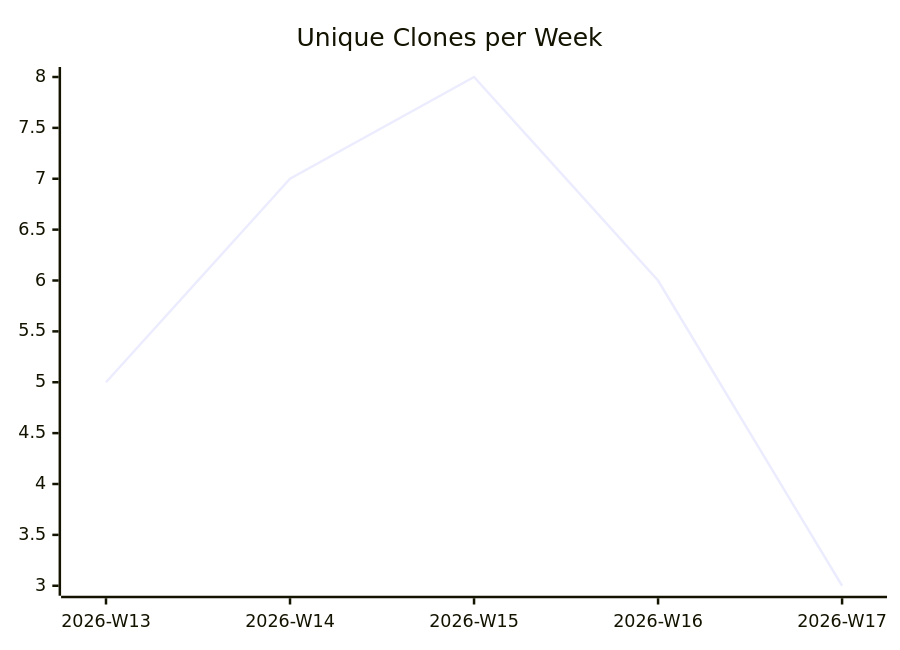
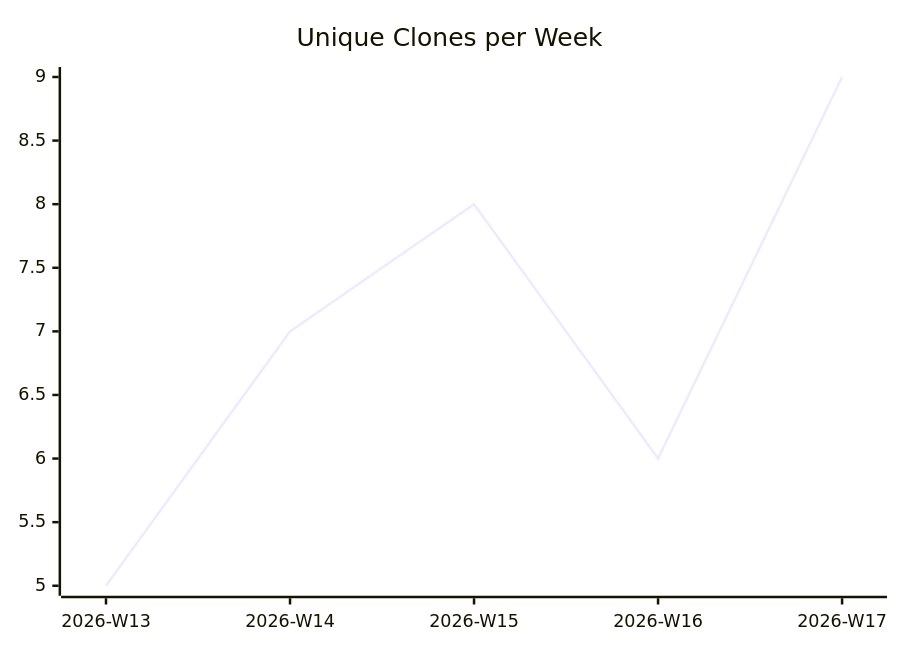
The third of 3 diagrams in karlmdavis/ansible-role-jenkins2/README.md (justdavis-family/github-analytics-data), drawn with Mermaid before and after one commit. The commit also changed other lines of this file and 185 other files, not shown here.

````diff
--- a/karlmdavis/ansible-role-jenkins2/README.md
+++ b/karlmdavis/ansible-role-jenkins2/README.md
@@ -19,6 +19,6 @@
 ```mermaid
 xychart-beta
   title "Unique Clones per Week"
   x-axis ["2026-W13", "2026-W14", "2026-W15", "2026-W16", "2026-W17"]
-  line [5, 7, 8, 6, 3]
+  line [5, 7, 8, 6, 9]
 ```
````
